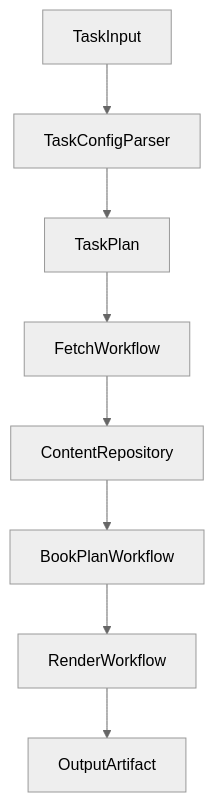
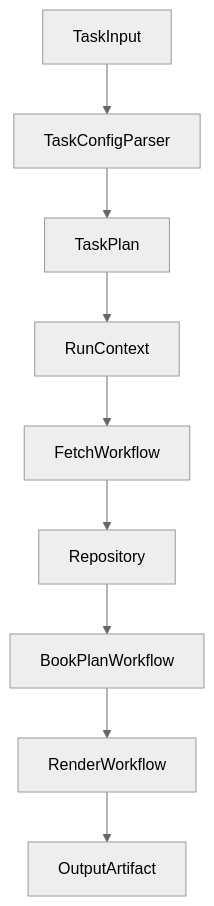
Before and after one commit to YaoZeyuan/zhihuhelp: the second of 2 diagrams in doc/架构规范化改造方案.md, drawn with Mermaid (neutral theme). The commit also changed other lines of this file, not shown here.

````diff
--- a/doc/架构规范化改造方案.md
+++ b/doc/架构规范化改造方案.md
@@ -193,10 +275,11 @@
 ```mermaid
 flowchart TD
   A["TaskInput"] --> B["TaskConfigParser"]
   B --> C["TaskPlan"]
-  C --> D["FetchWorkflow"]
-  D --> E["ContentRepository"]
-  E --> F["BookPlanWorkflow"]
-  F --> G["RenderWorkflow"]
-  G --> H["OutputArtifact"]
+  C --> D["RunContext"]
+  D --> E["FetchWorkflow"]
+  E --> F["Repository"]
+  F --> G["BookPlanWorkflow"]
+  G --> H["RenderWorkflow"]
+  H --> I["OutputArtifact"]
 ```
````
